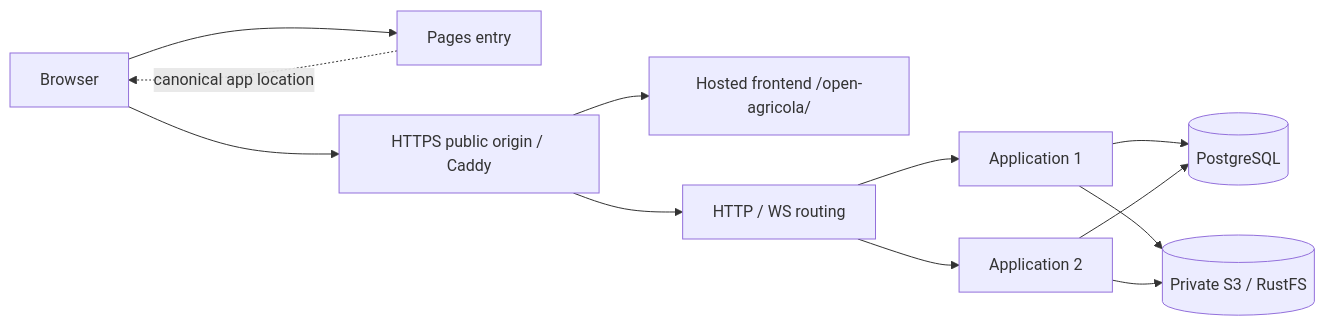
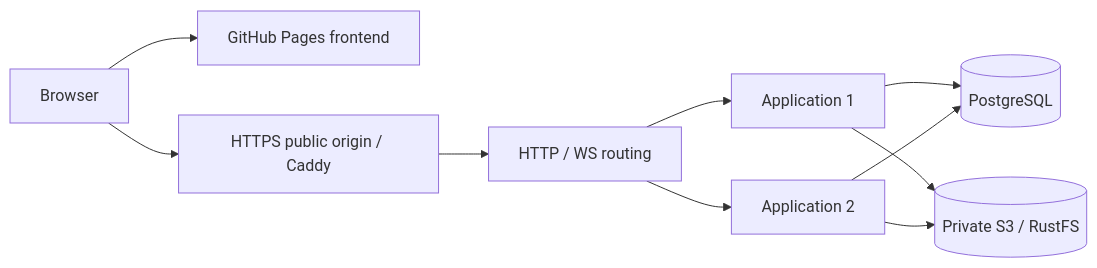
Before and after one commit to titanxxh/open-agricola: the diagram in docs/HOW_TO_DEPLOY.md, drawn with Mermaid. The commit also changed other lines of this file and 32 other files, not shown here.

Commit message:
fix: keep frontend on same-site GitHub Pages

````diff
--- a/docs/HOW_TO_DEPLOY.md
+++ b/docs/HOW_TO_DEPLOY.md
@@ -9,14 +9,12 @@
 ```mermaid
 flowchart LR
-  Browser --> Pages[Pages entry]
-  Pages -. canonical app location .-> Browser
+  Browser --> Pages[GitHub Pages frontend]
   Browser --> Ingress[HTTPS public origin / Caddy]
-  Ingress --> Frontend[Hosted frontend /open-agricola/]
   Ingress --> Router[HTTP / WS routing]
   Router --> A[Application 1]
   Router --> B[Application 2]
   A --> PG[(PostgreSQL)]
   B --> PG
   A --> S3[(Private S3 / RustFS)]
   B --> S3
 ```
````
